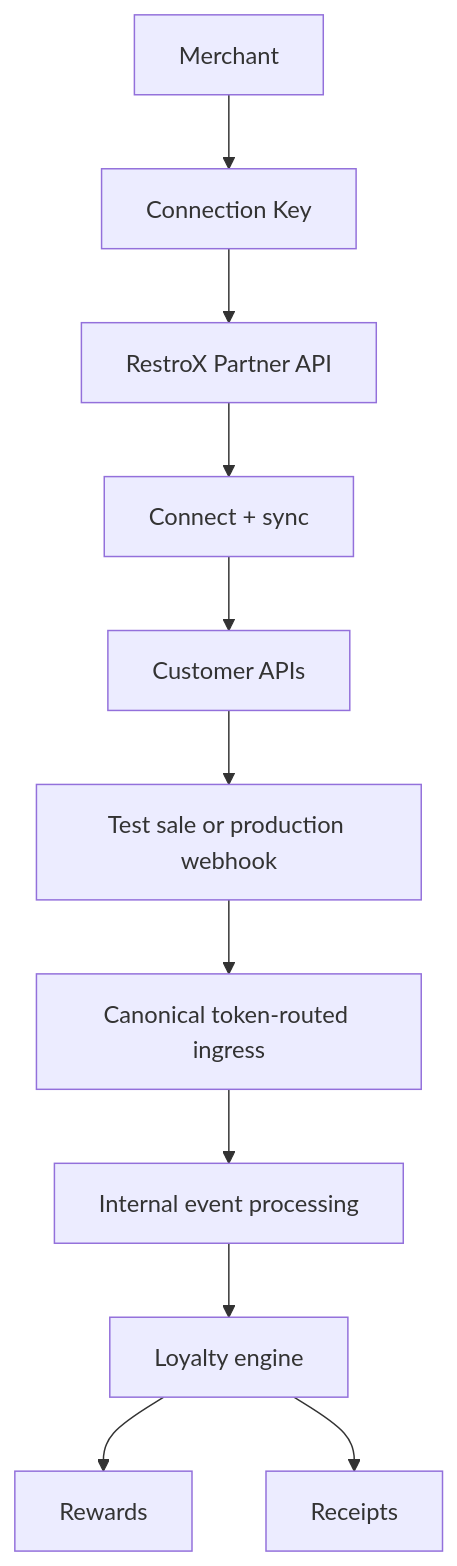
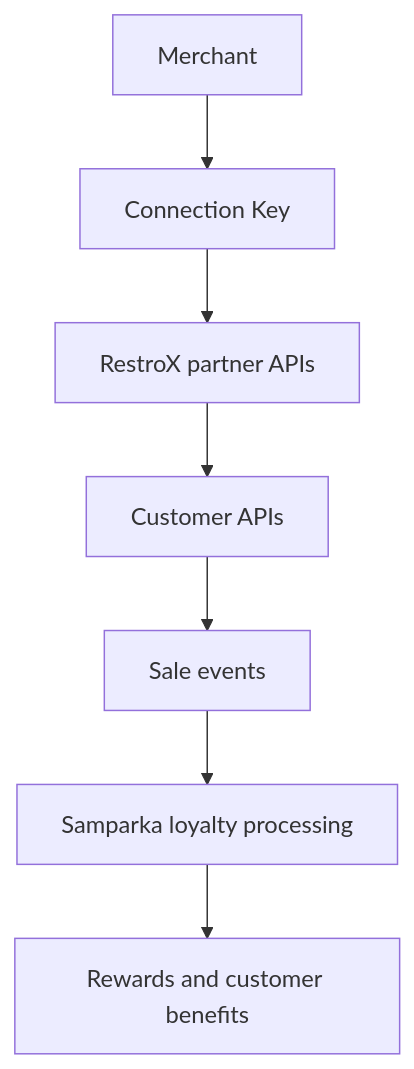
The first of 2 diagrams in integrations/restrox/native/architecture.mdx (krischal07/docs), drawn with Mermaid before and after one commit. The commit also changed other lines of this file, not shown here.

````diff
--- a/integrations/restrox/native/architecture.mdx
+++ b/integrations/restrox/native/architecture.mdx
@@ -22,13 +24,9 @@
 ```mermaid
 flowchart TD
   A["Merchant"] --> B["Connection Key"]
-  B --> C["RestroX Partner API"]
-  C --> D["Connect + sync"]
-  D --> E["Customer APIs"]
-  E --> F["Test sale or production webhook"]
-  F --> G["Canonical token-routed ingress"]
-  G --> H["Internal event processing"]
-  H --> I["Loyalty engine"]
-  I --> J["Rewards"]
-  I --> K["Receipts"]
+  B --> C["RestroX partner APIs"]
+  C --> D["Customer APIs"]
+  D --> E["Sale events"]
+  E --> F["Samparka loyalty processing"]
+  F --> G["Rewards and customer benefits"]
 ```
````
